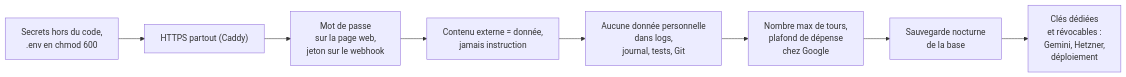
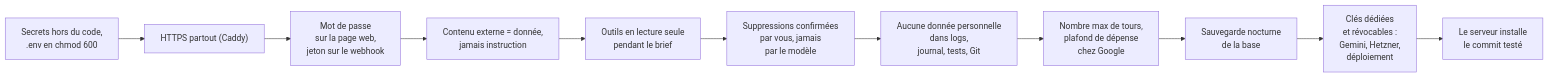
Diagram 42 of 42 in tuto-goodvibe-vibecoding.md (lecinquiemejour-code/goodvibe-tuto), drawn with Mermaid before and after one commit. The commit also changed other lines of this file and 1 other file, not shown here.

First line of the commit message:
docs(tuto, prd): le serveur installe le commit testé (section 2.6, fiche 13) ; la checklist de sécurité reprend les trois garanties (T10, pas 6)

````diff
--- a/tuto-goodvibe-vibecoding.md
+++ b/tuto-goodvibe-vibecoding.md
@@ -2064,10 +2068,13 @@
 ```mermaid
 flowchart LR
     S1["Secrets hors du code,<br/>.env en chmod 600"] --> S2["HTTPS partout (Caddy)"]
     S2 --> S3["Mot de passe<br/>sur la page web,<br/>jeton sur le webhook"]
     S3 --> S4["Contenu externe = donnée,<br/>jamais instruction"]
-    S4 --> S5["Aucune donnée personnelle<br/>dans logs,<br/>journal, tests, Git"]
+    S4 --> S4a["Outils en lecture seule<br/>pendant le brief"]
+    S4a --> S4b["Suppressions confirmées<br/>par vous, jamais<br/>par le modèle"]
+    S4b --> S5["Aucune donnée personnelle<br/>dans logs,<br/>journal, tests, Git"]
     S5 --> S6["Nombre max de tours,<br/>plafond de dépense<br/>chez Google"]
     S6 --> S7["Sauvegarde nocturne<br/>de la base"]
     S7 --> S8["Clés dédiées<br/>et révocables :<br/>Gemini, Hetzner,<br/>déploiement"]
+    S8 --> S9["Le serveur installe<br/>le commit testé"]
 ```
````
